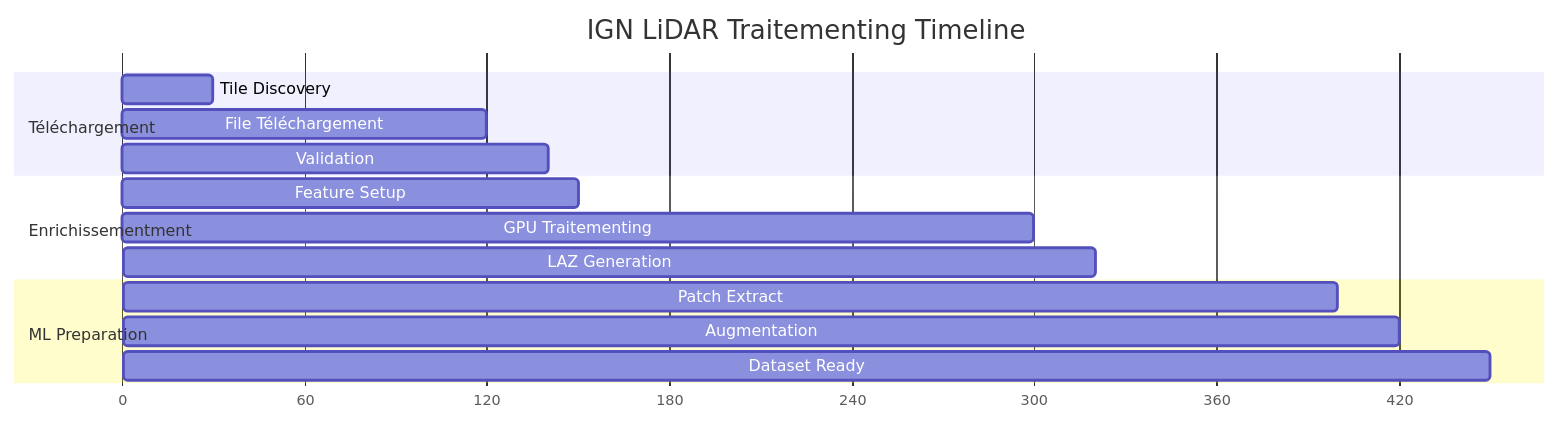
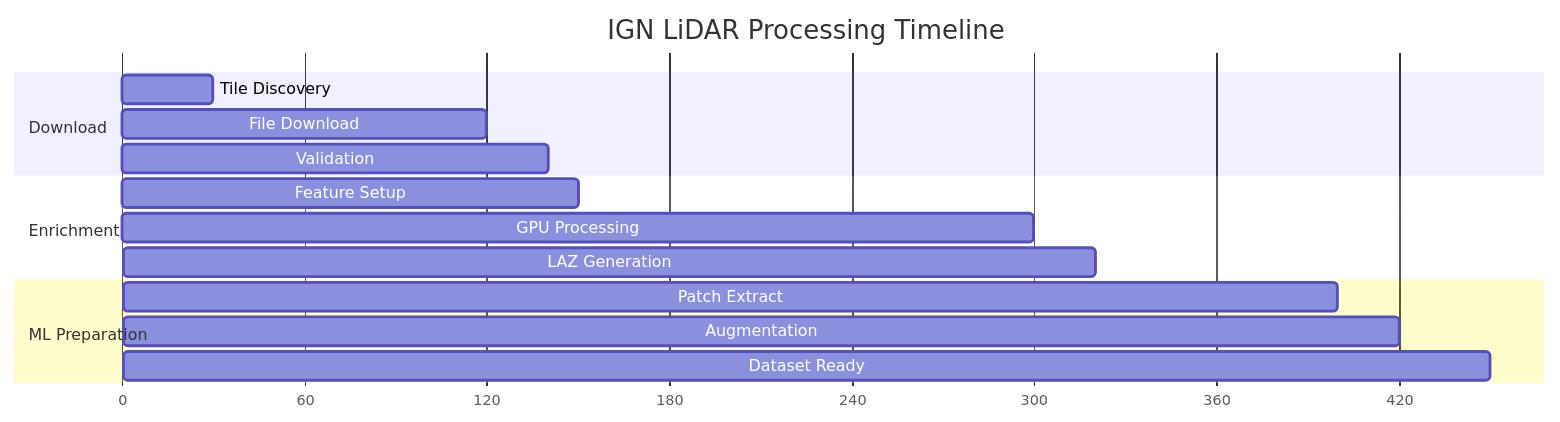
One commit to sducournau/IGN_LIDAR_HD_DATASET changed the seventh of 12 diagrams in website/i18n/fr/docusaurus-plugin-content-docs/current/mermaid-reference.md. Above: the diagram before and after it, drawn with Mermaid. The commit also changed other lines of this file and 145 other files, not shown here.

````diff
--- a/website/i18n/fr/docusaurus-plugin-content-docs/current/mermaid-reference.md
+++ b/website/i18n/fr/docusaurus-plugin-content-docs/current/mermaid-reference.md
@@ -141,21 +150,21 @@
 ```mermaid
 gantt
-    title IGN LiDAR Traitementing Timeline
+    title IGN LiDAR Processing Timeline
     dateFormat X
     axisFormat %s
 
-    section Téléchargement
+    section Download
     Tile Discovery   :0, 30
-    File Téléchargement    :20, 120
+    File Download    :20, 120
     Validation      :100, 140
 
-    section Enrichissementment
+    section Enrichment
     Feature Setup   :120, 150
-    GPU Traitementing  :140, 300
+    GPU Processing  :140, 300
     LAZ Generation  :280, 320
 
     section ML Preparation
     Patch Extract   :300, 400
     Augmentation    :380, 420
     Dataset Ready   :420, 450
 ```
````
